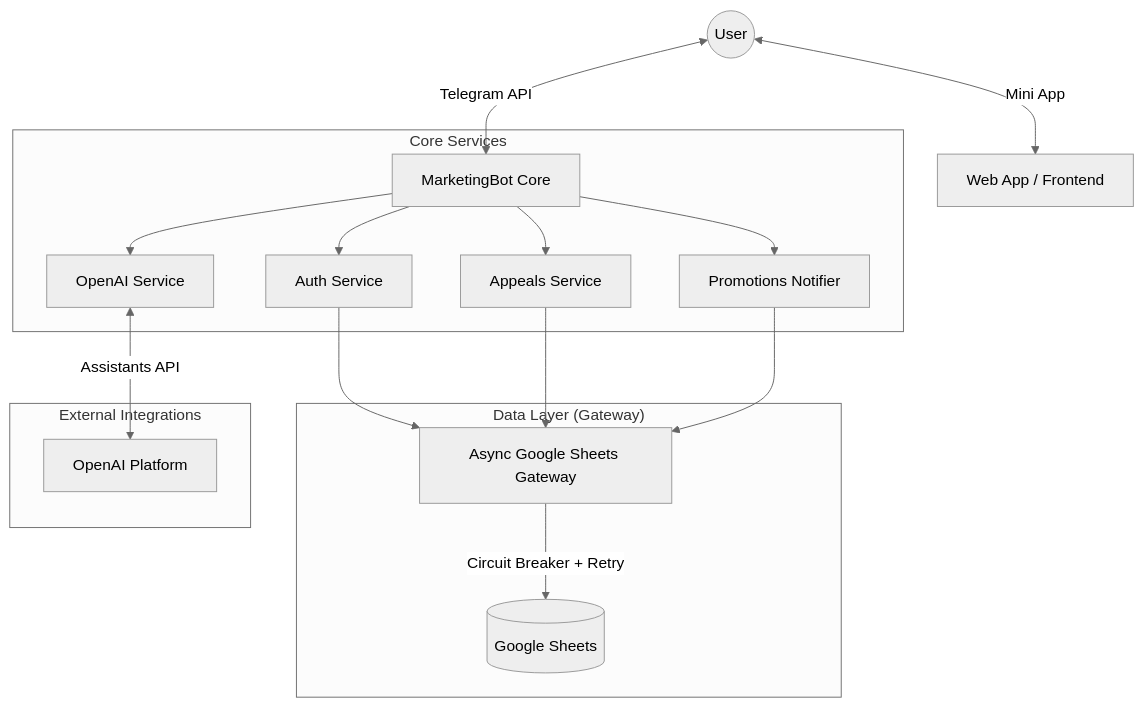
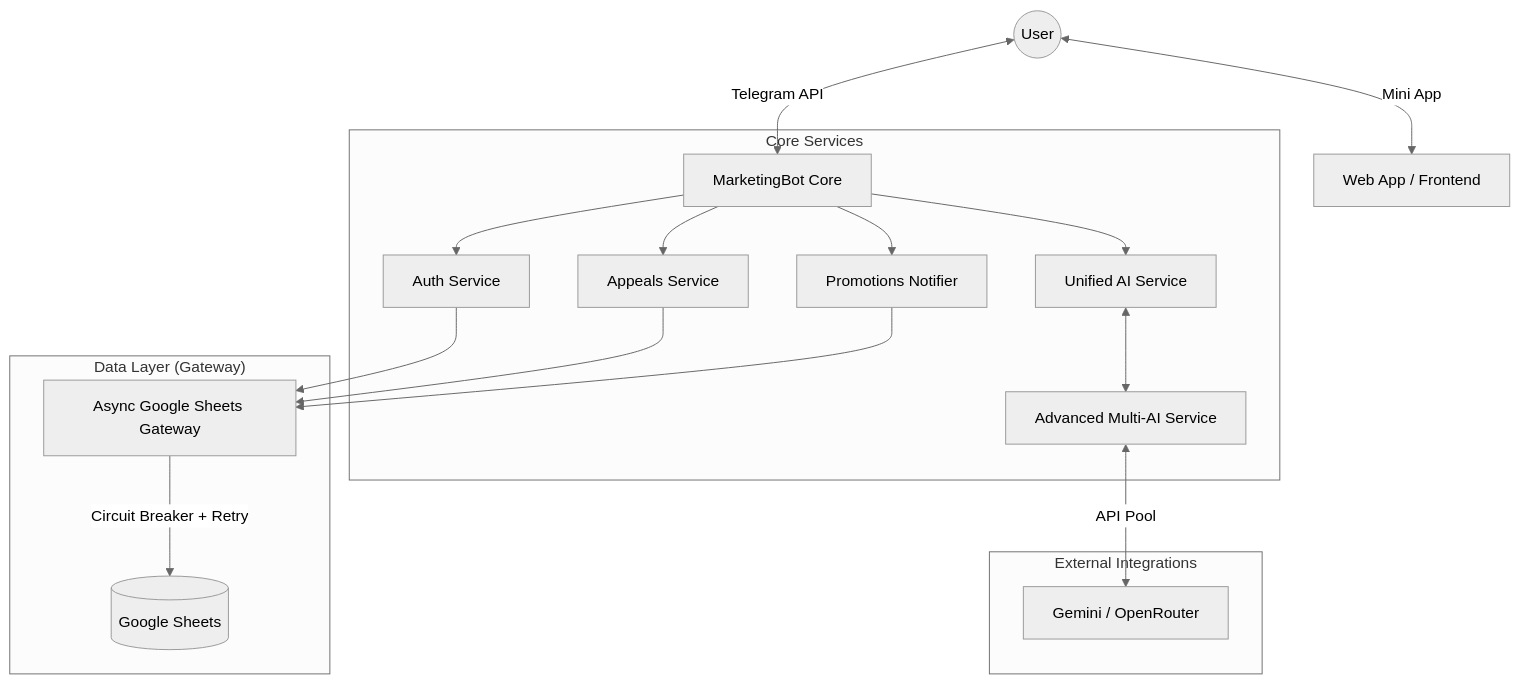
One commit to synthosaicreativestudio-maker/marketing changed the diagram in docs/TECHNICAL_DOCUMENTATION.md. Above: the diagram before and after it, drawn with Mermaid (neutral theme). The commit also changed other lines of this file and 3 other files, not shown here.

Commit message:
feat: complete removal of OpenAI Assistants and update model priorities

````diff
--- a/docs/TECHNICAL_DOCUMENTATION.md
+++ b/docs/TECHNICAL_DOCUMENTATION.md
@@ -23,23 +23,24 @@
 ```mermaid
 graph TD
     User((User)) <-->|Telegram API| Bot[MarketingBot Core]
     User <-->|Mini App| WebApp[Web App / Frontend]
     
     subgraph "Core Services"
         Bot --> AuthService[Auth Service]
         Bot --> AppealsService[Appeals Service]
-        Bot --> OpenAIService[OpenAI Service]
+        Bot --> AIService[Unified AI Service]
+        AIService <--> GeminiService[Advanced Multi-AI Service]
         Bot --> Notifier[Promotions Notifier]
     end
     
     subgraph "Data Layer (Gateway)"
         AuthService --> Gateway[Async Google Sheets Gateway]
         AppealsService --> Gateway
         Notifier --> Gateway
         Gateway -->|Circuit Breaker + Retry| GSheets[(Google Sheets)]
     end
     
     subgraph "External Integrations"
-        OpenAIService <-->|Assistants API| OpenAI[OpenAI Platform]
+        GeminiService <-->|API Pool| MultiAI[Gemini / OpenRouter]
     end
 ```
````
